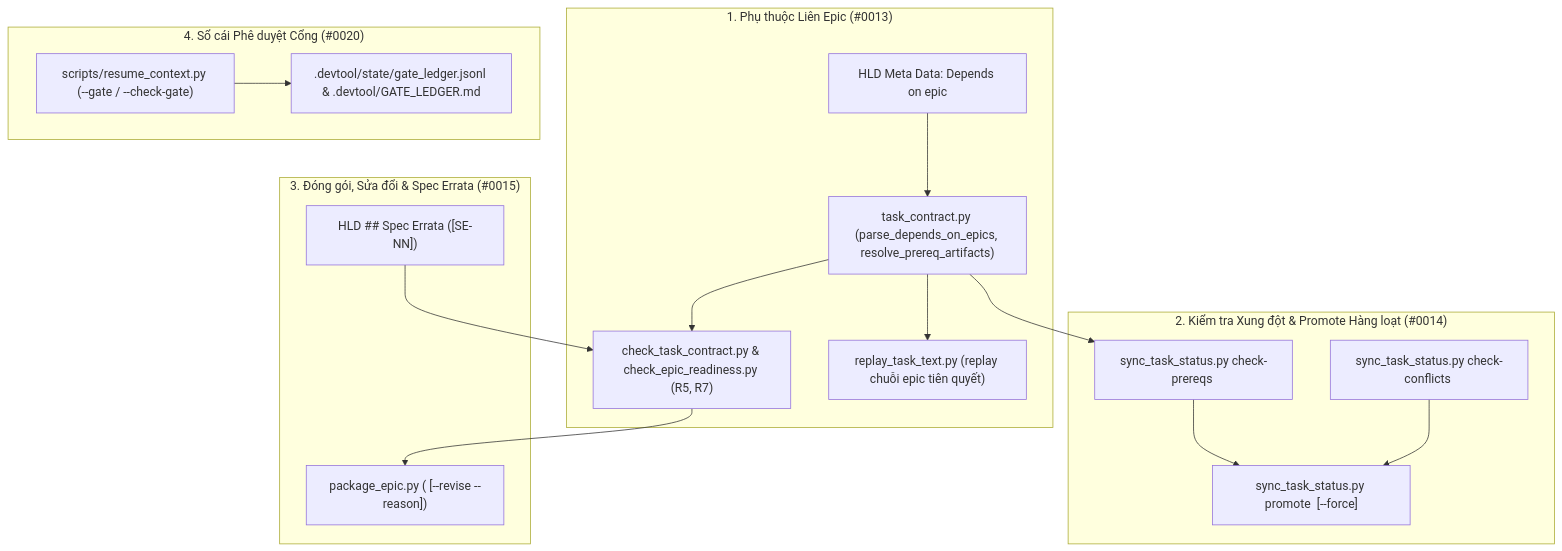
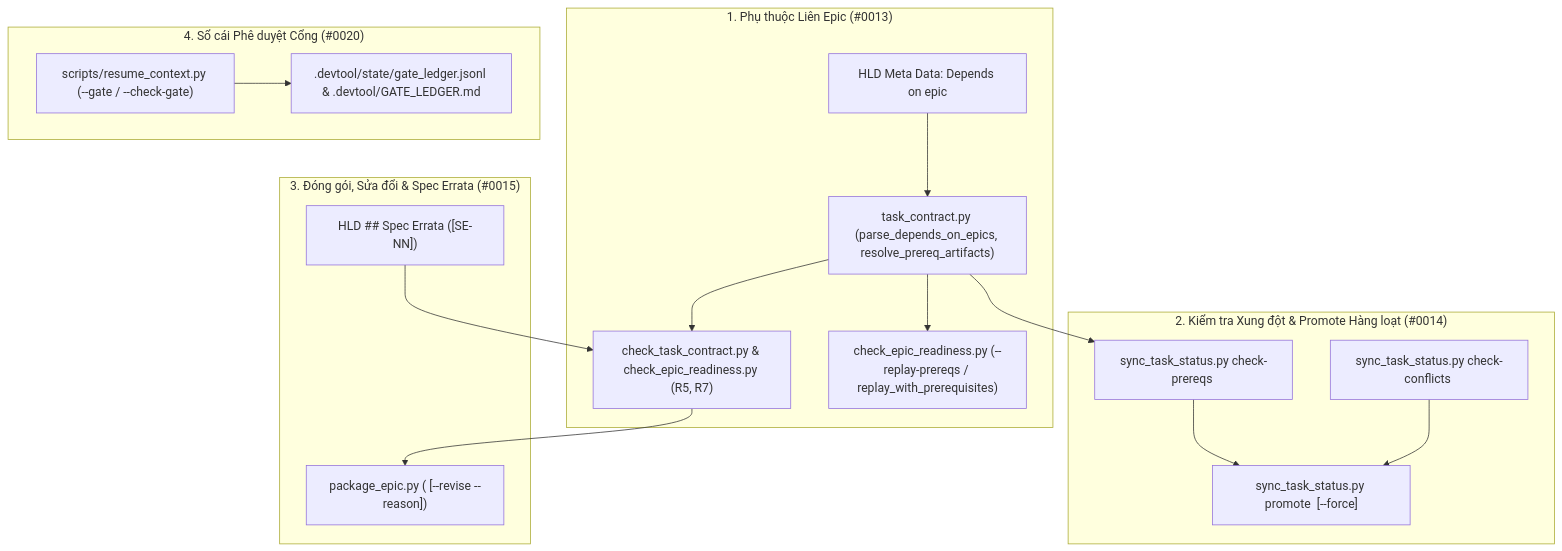
Before and after one commit to DanhDue/ai-agent-tools: the diagram in .devtool/epic/multi_epic_orchestration_and_governance/2026-11-06-multi-epic-orchestration-and-governance-design.vi.md, drawn with Mermaid. The commit also changed other lines of this file and 13 other files, not shown here.

````diff
--- a/.devtool/epic/multi_epic_orchestration_and_governance/2026-11-06-multi-epic-orchestration-and-governance-design.vi.md
+++ b/.devtool/epic/multi_epic_orchestration_and_governance/2026-11-06-multi-epic-orchestration-and-governance-design.vi.md
@@ -51,35 +51,35 @@
 ```mermaid
 flowchart TD
     subgraph DEPS["1. Phụ thuộc Liên Epic (#0013)"]
         HLD_META["HLD Meta Data: Depends on epic"]
         TC_DEP["task_contract.py (parse_depends_on_epics, resolve_prereq_artifacts)"]
         CTC_DEP["check_task_contract.py & check_epic_readiness.py (R5, R7)"]
-        RPL_DEP["replay_task_text.py (replay chuỗi epic tiên quyết)"]
+        RPL_DEP["check_epic_readiness.py (--replay-prereqs / replay_with_prerequisites)"]
     end
 
     subgraph CONCURRENCY["2. Kiểm tra Xung đột & Promote Hàng loạt (#0014)"]
         STS_CONF["sync_task_status.py check-conflicts <epic_dir>"]
         STS_PROM["sync_task_status.py promote <epic_dir> [--force]"]
         STS_PREREQ["sync_task_status.py check-prereqs <epic_dir>"]
     end
 
     subgraph PACKAGING["3. Đóng gói, Sửa đổi & Spec Errata (#0015)"]
         PKG_PY["package_epic.py (<epic_dir> [--revise --reason])"]
         ERRATA["HLD ## Spec Errata ([SE-NN])"]
     end
 
     subgraph GATES["4. Sổ cái Phê duyệt Cổng (#0020)"]
         RC_GATE["scripts/resume_context.py (--gate / --check-gate)"]
         LEDGER_JSONL[".devtool/state/gate_ledger.jsonl & .devtool/GATE_LEDGER.md"]
     end
 
     HLD_META --> TC_DEP
     TC_DEP --> CTC_DEP
     TC_DEP --> RPL_DEP
     TC_DEP --> STS_PREREQ
     STS_PREREQ --> STS_PROM
     STS_CONF --> STS_PROM
     ERRATA --> CTC_DEP
     CTC_DEP --> PKG_PY
     RC_GATE --> LEDGER_JSONL
 ```
````
